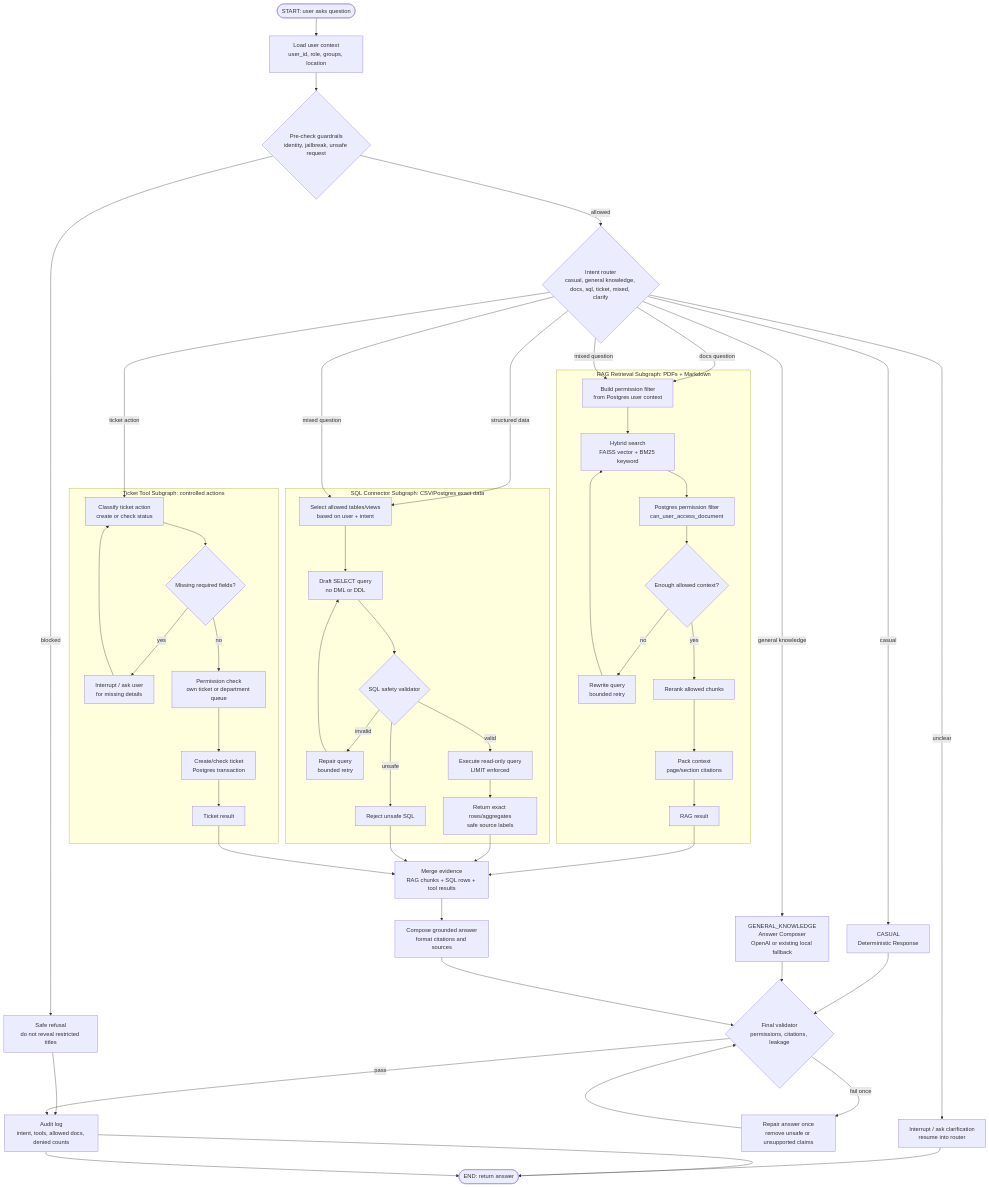
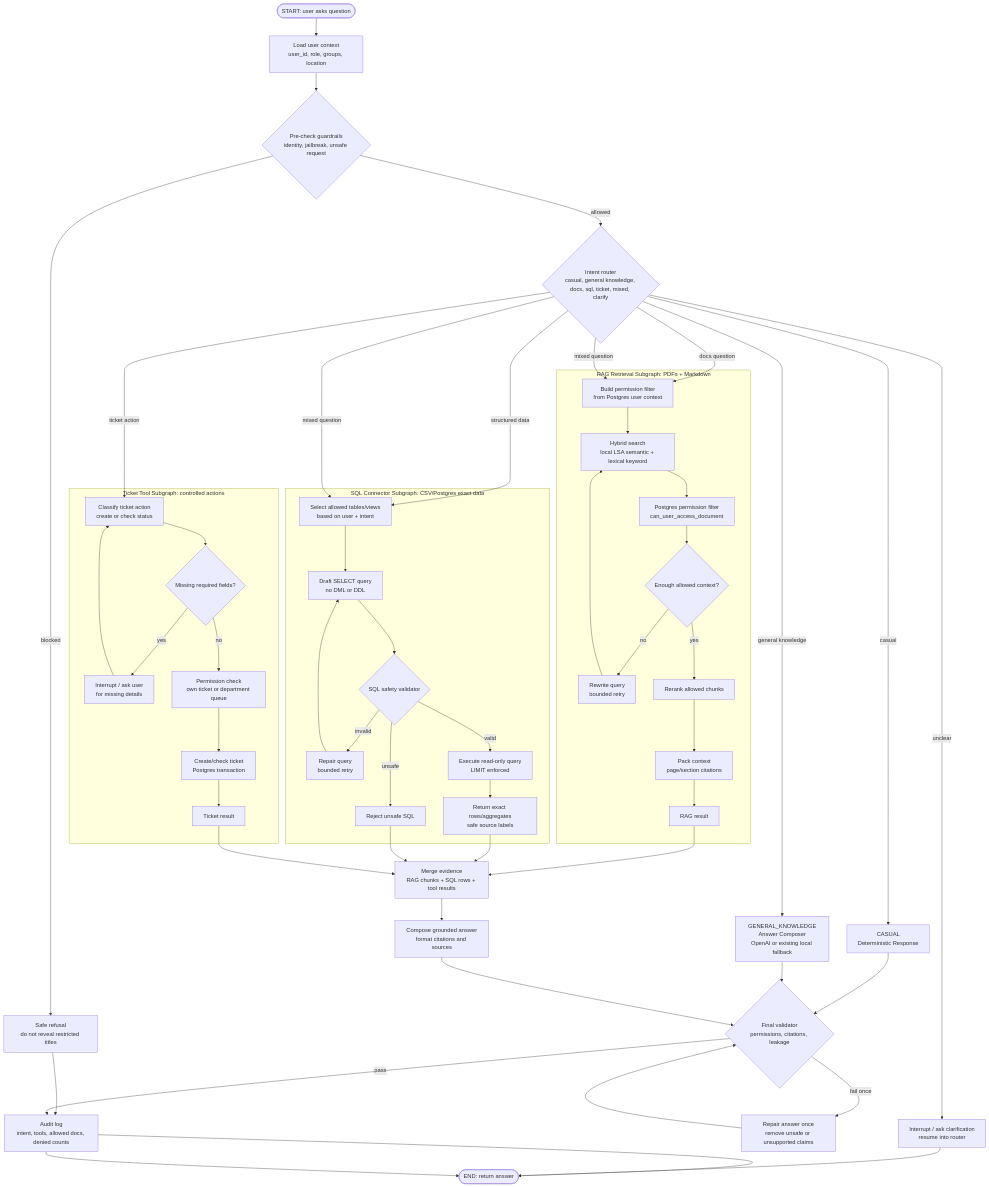
The diagram in docs/architecture/graph.mmd (Dawood-Imran/NexusOne), drawn with Mermaid before and after one commit. The commit also changed 23 other files, not shown here.

```diff
--- a/docs/architecture/graph.mmd
+++ b/docs/architecture/graph.mmd
@@ -1,80 +1,80 @@
 flowchart TD
   START([START: user asks question])
   LOAD[Load user context<br/>user_id, role, groups, location]
   PRECHECK{Pre-check guardrails<br/>identity, jailbreak, unsafe request}
   REFUSE[Safe refusal<br/>do not reveal restricted titles]
   ROUTER{Intent router<br/>casual, general knowledge, docs, sql, ticket, mixed, clarify}
   CASUAL[CASUAL<br/>Deterministic Response]
   GENERAL[GENERAL_KNOWLEDGE<br/>Answer Composer<br/>OpenAI or existing local fallback]
   CLARIFY[Interrupt / ask clarification<br/>resume into router]
   MERGE[Merge evidence<br/>RAG chunks + SQL rows + tool results]
   ANSWER[Compose grounded answer<br/>format citations and sources]
   VALIDATE{Final validator<br/>permissions, citations, leakage}
   REPAIR[Repair answer once<br/>remove unsafe or unsupported claims]
   AUDIT[Audit log<br/>intent, tools, allowed docs, denied counts]
   END([END: return answer])
 
   START --> LOAD --> PRECHECK
   PRECHECK -- blocked --> REFUSE --> AUDIT --> END
   PRECHECK -- allowed --> ROUTER
   ROUTER -- unclear --> CLARIFY --> END
 
   subgraph RAG["RAG Retrieval Subgraph: PDFs + Markdown"]
     RAG_PERM[Build permission filter<br/>from Postgres user context]
-    RAG_SEARCH[Hybrid search<br/>FAISS vector + BM25 keyword]
+    RAG_SEARCH[Hybrid search<br/>local LSA semantic + lexical keyword]
     RAG_POSTFILTER[Postgres permission filter<br/>can_user_access_document]
     RAG_REWRITE{Enough allowed context?}
     RAG_QUERY_REWRITE[Rewrite query<br/>bounded retry]
     RAG_RERANK[Rerank allowed chunks]
     RAG_PACK[Pack context<br/>page/section citations]
     RAG_OUT[RAG result]
 
     RAG_PERM --> RAG_SEARCH --> RAG_POSTFILTER --> RAG_REWRITE
     RAG_REWRITE -- no --> RAG_QUERY_REWRITE --> RAG_SEARCH
     RAG_REWRITE -- yes --> RAG_RERANK --> RAG_PACK --> RAG_OUT
   end
 
   subgraph SQL["SQL Connector Subgraph: CSV/Postgres exact data"]
     SQL_SCOPE[Select allowed tables/views<br/>based on user + intent]
     SQL_DRAFT[Draft SELECT query<br/>no DML or DDL]
     SQL_VALIDATE{SQL safety validator}
     SQL_REPAIR[Repair query<br/>bounded retry]
     SQL_EXEC[Execute read-only query<br/>LIMIT enforced]
     SQL_ROWS[Return exact rows/aggregates<br/>safe source labels]
     SQL_REFUSE[Reject unsafe SQL]
 
     SQL_SCOPE --> SQL_DRAFT --> SQL_VALIDATE
     SQL_VALIDATE -- invalid --> SQL_REPAIR --> SQL_DRAFT
     SQL_VALIDATE -- unsafe --> SQL_REFUSE
     SQL_VALIDATE -- valid --> SQL_EXEC --> SQL_ROWS
   end
 
   subgraph TICKET["Ticket Tool Subgraph: controlled actions"]
     TICKET_INTENT[Classify ticket action<br/>create or check status]
     TICKET_MISSING{Missing required fields?}
     TICKET_ASK[Interrupt / ask user<br/>for missing details]
     TICKET_AUTH[Permission check<br/>own ticket or department queue]
     TICKET_RUN[Create/check ticket<br/>Postgres transaction]
     TICKET_OUT[Ticket result]
 
     TICKET_INTENT --> TICKET_MISSING
     TICKET_MISSING -- yes --> TICKET_ASK --> TICKET_INTENT
     TICKET_MISSING -- no --> TICKET_AUTH --> TICKET_RUN --> TICKET_OUT
   end
 
   ROUTER -- casual --> CASUAL --> VALIDATE
   ROUTER -- general knowledge --> GENERAL --> VALIDATE
   ROUTER -- docs question --> RAG_PERM
   ROUTER -- structured data --> SQL_SCOPE
   ROUTER -- ticket action --> TICKET_INTENT
   ROUTER -- mixed question --> RAG_PERM
   ROUTER -- mixed question --> SQL_SCOPE
 
   RAG_OUT --> MERGE
   SQL_ROWS --> MERGE
   SQL_REFUSE --> MERGE
   TICKET_OUT --> MERGE
 
   MERGE --> ANSWER --> VALIDATE
   VALIDATE -- fail once --> REPAIR --> VALIDATE
   VALIDATE -- pass --> AUDIT --> END
```
